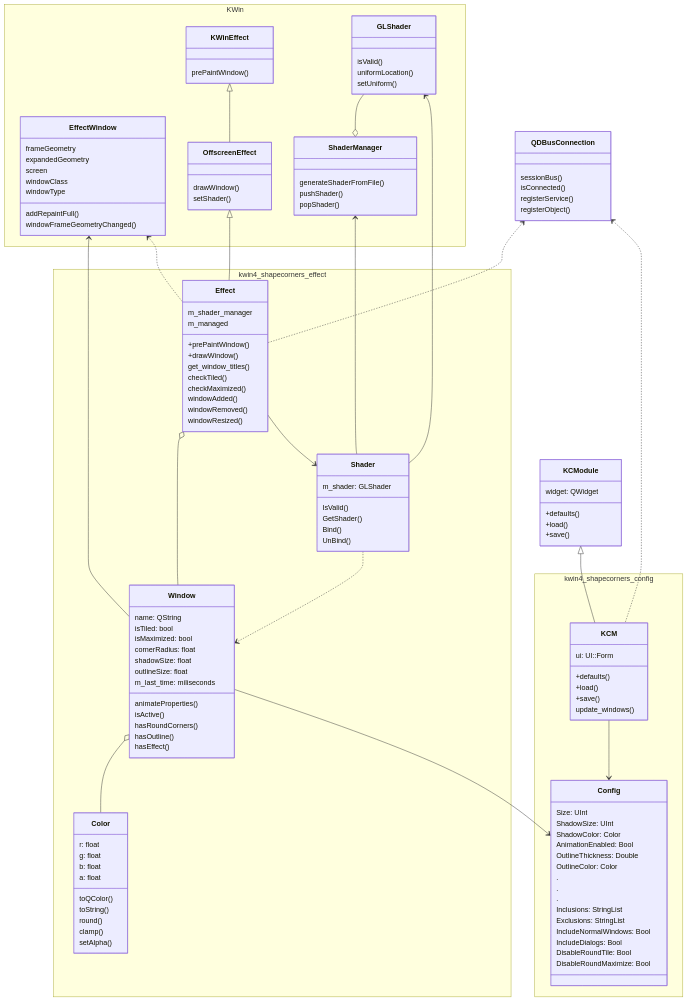
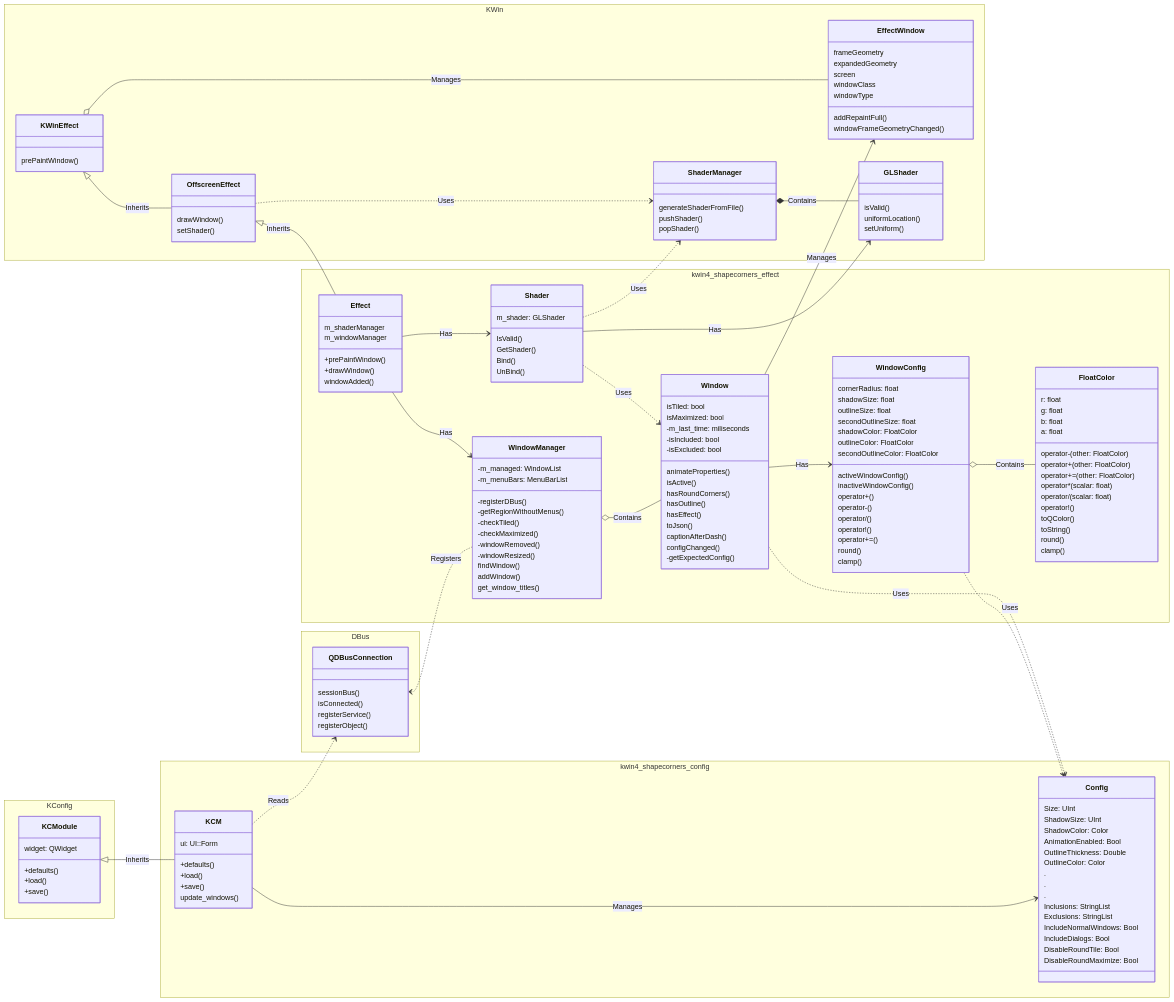
One commit to matinlotfali/KDE-Rounded-Corners changed the diagram in ClassDiagram.md. Above: the diagram before and after it, drawn with Mermaid. The commit also changed 20 other files, not shown here.

First line of the commit message:
Refactors effect for improved architecture

````diff
--- a/ClassDiagram.md
+++ b/ClassDiagram.md
@@ -2,5 +2,6 @@
 ```mermaid
 classDiagram
+    direction LR
     
     namespace KWin {
         class KWinEffect {
@@ -34,34 +35,82 @@
             popShader()
         }
     }
+
+    namespace DBus {
+        class QDBusConnection {
+            sessionBus()
+            isConnected()
+            registerService()
+            registerObject()
+        }
+    }
+    
+    namespace KConfig {
+        class KCModule {
+            widget: QWidget
+            +defaults()
+            +load()
+            +save()
+        }
+    }
     
     namespace kwin4_shapecorners_effect {
         class Effect {
-            m_shader_manager
-            m_managed
+            m_shaderManager
+            m_windowManager
             +prePaintWindow()
             +drawWindow()
+            windowAdded()
+        }
+        
+        class WindowManager {
+            -m_managed: WindowList
+            -m_menuBars: MenuBarList
+            -registerDBus()
+            -getRegionWithoutMenus()
+            -checkTiled()
+            -checkMaximized()
+            -windowRemoved()
+            -windowResized()
+            findWindow()
+            addWindow()
             get_window_titles()
-            checkTiled()
-            checkMaximized()
-            windowAdded()
-            windowRemoved()
-            windowResized()
+        }
+        
+        class WindowConfig {
+            cornerRadius: float
+            shadowSize: float
+            outlineSize: float
+            secondOutlineSize: float
+            shadowColor: FloatColor
+            outlineColor: FloatColor
+            secondOutlineColor: FloatColor
+            activeWindowConfig()
+            inactiveWindowConfig()
+            operator+()
+            operator-()
+            operator/()
+            operator!()
+            operator+=()
+            round()
+            clamp()
         }
         
         class Window {
-            name: QString
             isTiled: bool
             isMaximized: bool
-            cornerRadius: float
-            shadowSize: float
-            outlineSize: float
-            m_last_time: miliseconds
+            -m_last_time: miliseconds
+            -isIncluded: bool
+            -isExcluded: bool
             animateProperties()
             isActive()
             hasRoundCorners()
             hasOutline()
             hasEffect()
+            toJson()
+            captionAfterDash()
+            configChanged()
+            -getExpectedConfig()
         }
         
         class Shader {
@@ -72,16 +121,21 @@
             UnBind()
         }
         
-        class Color {
+        class FloatColor {
             r: float
             g: float
             b: float
             a: float
+            operator-(other: FloatColor)
+            operator+(other: FloatColor)
+            operator+=(other: FloatColor)
+            operator*(scalar: float)
+            operator/(scalar: float)
+            operator!()
             toQColor()
             toString()
             round()
             clamp()
-            setAlpha()
         }
     }
     
@@ -113,37 +167,26 @@
         }
     }
     
-    class QDBusConnection {
-        sessionBus()
-        isConnected()
-        registerService()
-        registerObject()
-    }
+    KWinEffect <|-- OffscreenEffect: Inherits
+    ShaderManager *-- GLShader: Contains
+    KWinEffect o-- EffectWindow: Manages
+    OffscreenEffect ..> ShaderManager: Uses
+
+    OffscreenEffect <|-- Effect: Inherits
+    Effect --> Shader: Has
+    Effect --> WindowManager: Has
+    Shader --> GLShader: Has
+    Shader ..> Window: Uses
+    Shader ..> ShaderManager: Uses
+    Window --> WindowConfig: Has
+    Window --> EffectWindow: Manages
+    Window ..> Config: Uses
+    WindowConfig o-- FloatColor: Contains
+    WindowConfig ..> Config: Uses
+    WindowManager o-- Window: Contains
+    QDBusConnection <.. WindowManager: Registers
     
-    class KCModule {
-        widget: QWidget
-        +defaults()
-        +load()
-        +save()
-    }
-    
-    KWinEffect <|-- OffscreenEffect
-    OffscreenEffect <|-- Effect
-    Window o-- Color
-
-    GLShader --o ShaderManager
-    Effect o-- Window
-    EffectWindow <-- Window 
-    Effect --> Shader
-    EffectWindow <.. Effect
-    QDBusConnection <.. Effect
-    Window --> Config
-    
-    KCModule <|-- KCM
-    QDBusConnection <.. KCM
-    KCM --> Config
-
-    Shader ..> Window
-    GLShader <-- Shader
-    ShaderManager <-- Shader
+    KCModule <|-- KCM: Inherits
+    KCM --> Config: Manages
+    KCM ..> QDBusConnection: Reads
 ```
````
